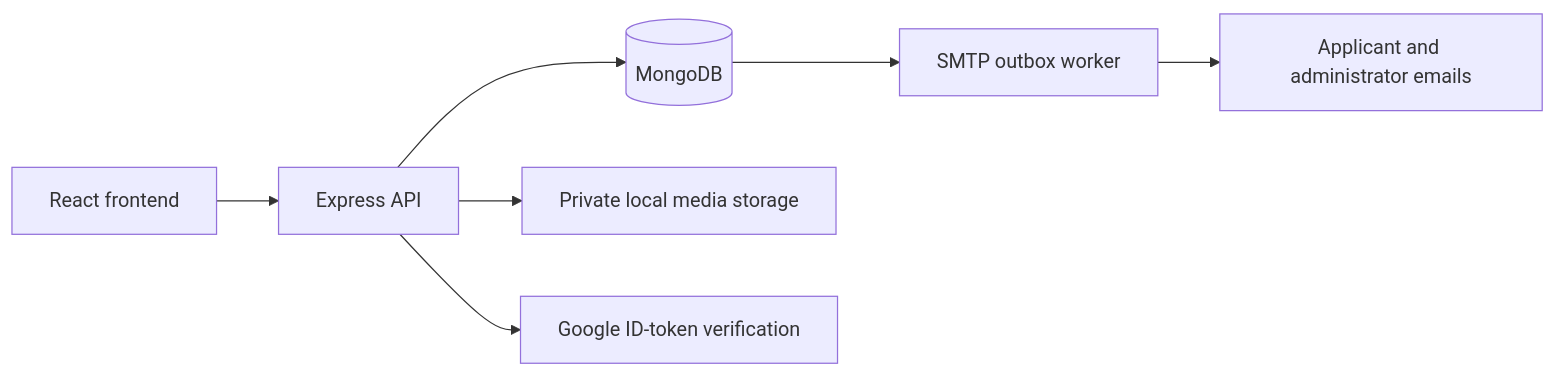
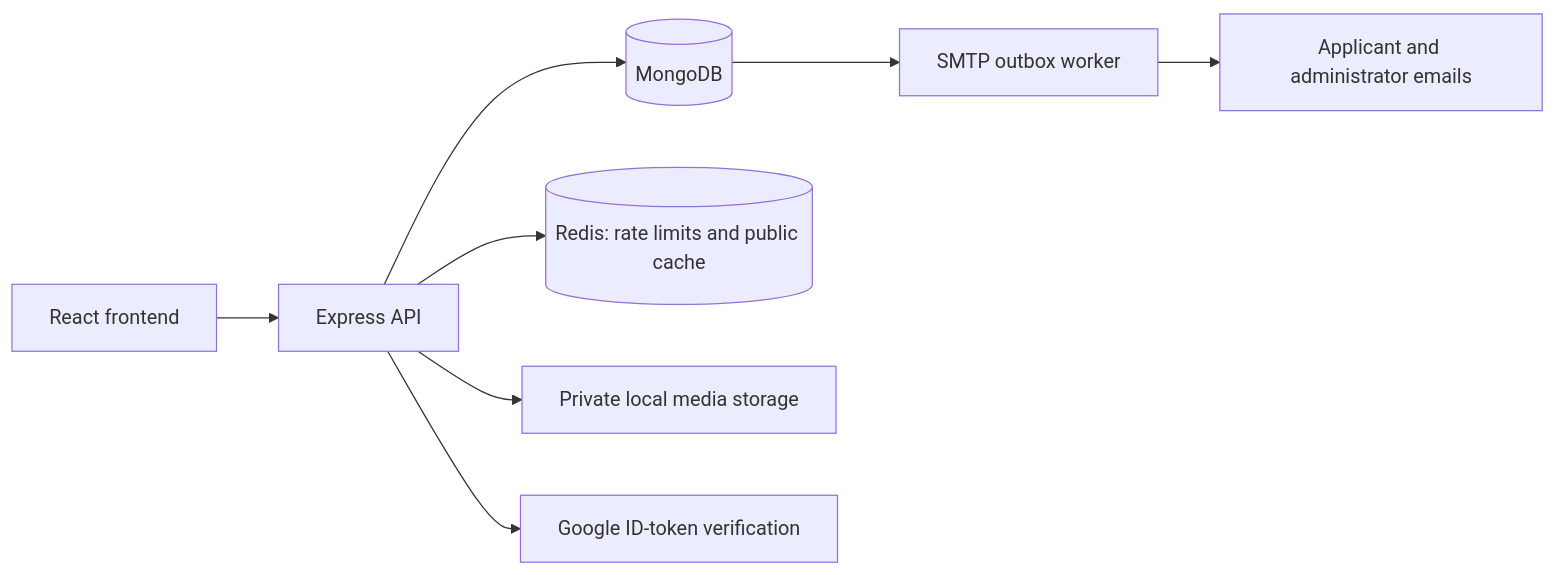
One commit to XGNoir95/ARPC-Final changed the diagram in docs/ARCHITECTURE.md. Above: the diagram before and after it, drawn with Mermaid. The commit also changed other lines of this file and 135 other files, not shown here.

````diff
--- a/docs/ARCHITECTURE.md
+++ b/docs/ARCHITECTURE.md
@@ -5,9 +5,10 @@
 ```mermaid
 flowchart LR
   browser[React frontend] --> api[Express API]
   api --> db[(MongoDB)]
+  api --> redis[(Redis: rate limits and public cache)]
   api --> media[Private local media storage]
   api --> identity[Google ID-token verification]
   db --> mail[SMTP outbox worker]
   mail --> inbox[Applicant and administrator emails]
 ```
````
